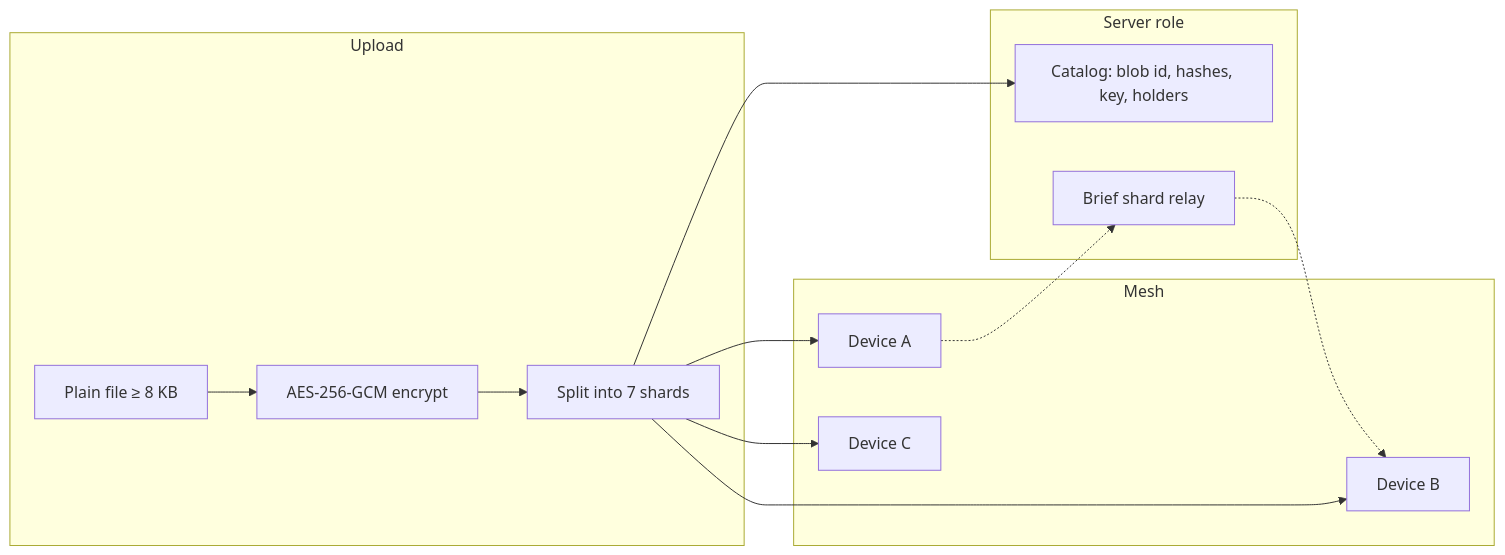
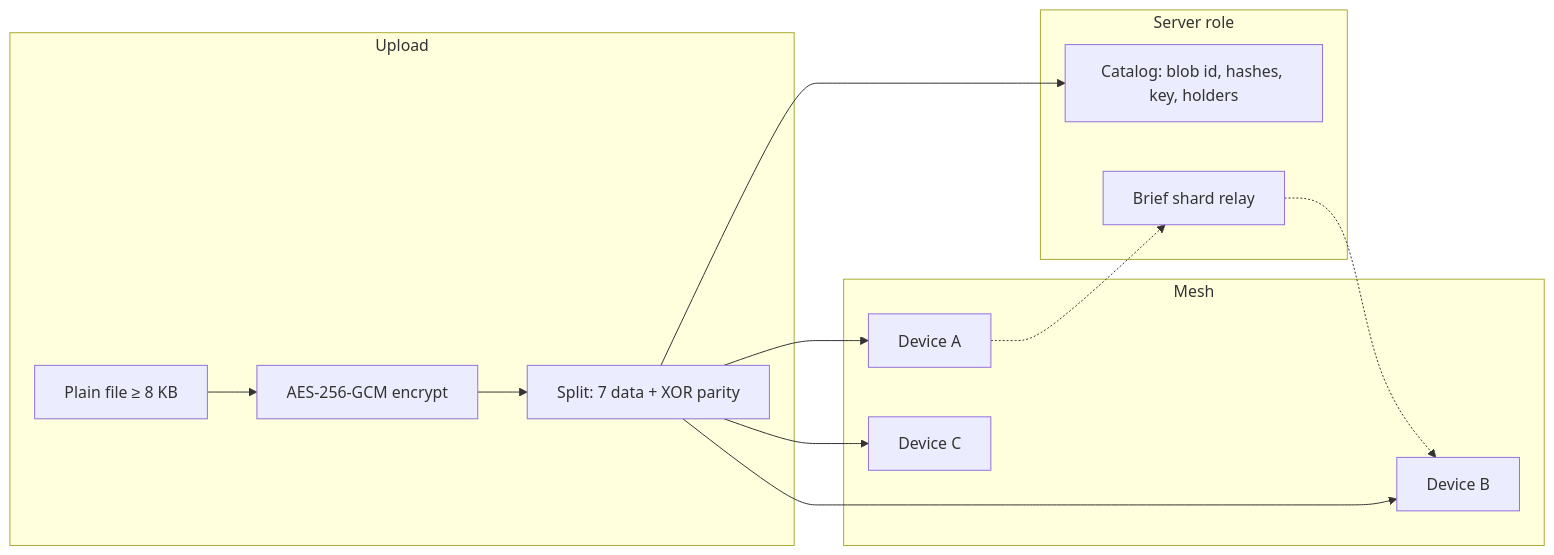
One commit to ASSISTIXTEAM/proto-android-native changed the diagram in docs/PROTO_CELLS.md. Above: the diagram before and after it, drawn with Mermaid. The commit also changed other lines of this file and 35 other files, not shown here.

````diff
--- a/docs/PROTO_CELLS.md
+++ b/docs/PROTO_CELLS.md
@@ -31,24 +31,24 @@
 ```mermaid
 flowchart LR
     subgraph upload [Upload]
         F[Plain file ≥ 8 KB]
         E[AES-256-GCM encrypt]
-        S[Split into 7 shards]
+        S[Split: 7 data + XOR parity]
         F --> E --> S
     end
     subgraph mesh [Mesh]
         D1[Device A]
         D2[Device B]
         D3[Device C]
         S --> D1
         S --> D2
         S --> D3
     end
     subgraph server [Server role]
         C[Catalog: blob id, hashes, key, holders]
         R[Brief shard relay]
     end
     S --> C
     D1 -.-> R
     R -.-> D2
 ```
````
